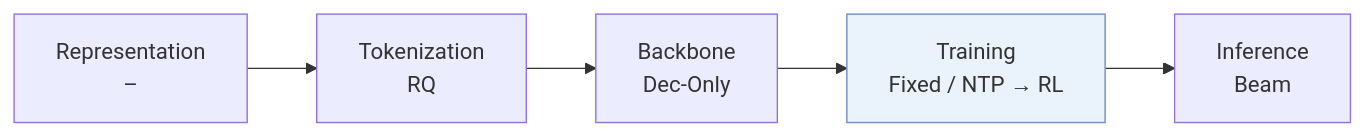
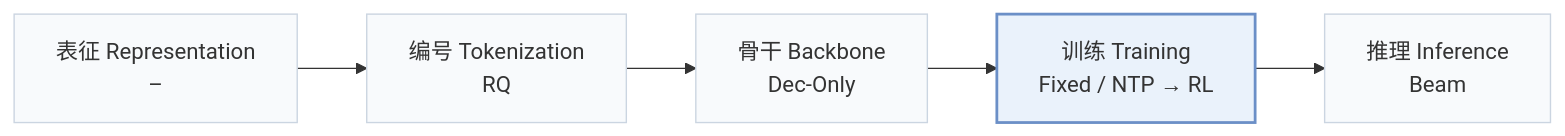
Before and after one commit to Galaxy-ghost/Awesome-SID-Generative-Rec: the first of 2 diagrams in pages/zh/papers/hcgrec.md, drawn with Mermaid. The commit also changed other lines of this file and 649 other files, not shown here.

Commit message:
writer-05: also tags and modality index (schema, check, build, visuals); summary field removed; calibration data for 12 papers

````diff
--- a/pages/zh/papers/hcgrec.md
+++ b/pages/zh/papers/hcgrec.md
@@ -13,6 +15,8 @@
 ```mermaid
 flowchart LR
-    R["Representation<br/>–"] --> T["Tokenization<br/>RQ"] --> B["Backbone<br/>Dec-Only"] --> TR["Training<br/>Fixed / NTP → RL"] --> I["Inference<br/>Beam"]
-    classDef main fill:#eaf2fb,stroke:#6b8fc7
+    R["表征 Representation<br/>–"] --> T["编号 Tokenization<br/>RQ"] --> B["骨干 Backbone<br/>Dec-Only"] --> TR["训练 Training<br/>Fixed / NTP → RL"] --> I["推理 Inference<br/>Beam"]
+    classDef base fill:#f8fafc,stroke:#cbd5e1
+    class R,T,B,TR,I base
+    classDef main fill:#eaf2fb,stroke:#6b8fc7,stroke-width:2px
     class TR main
 ```
````
